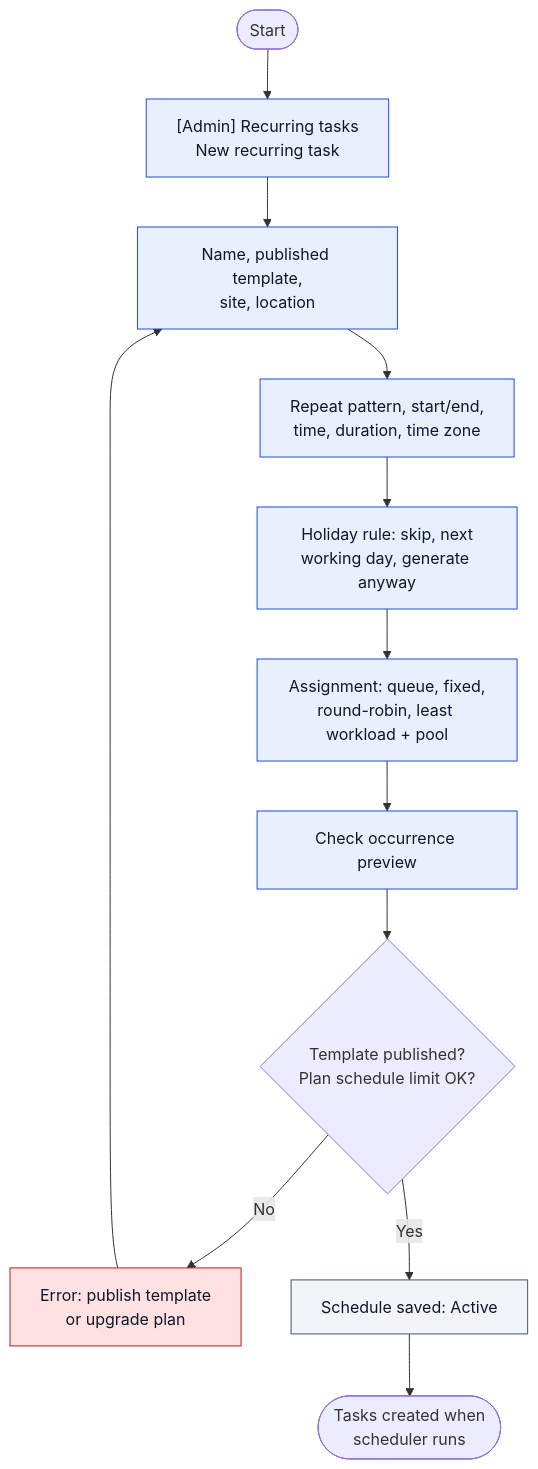
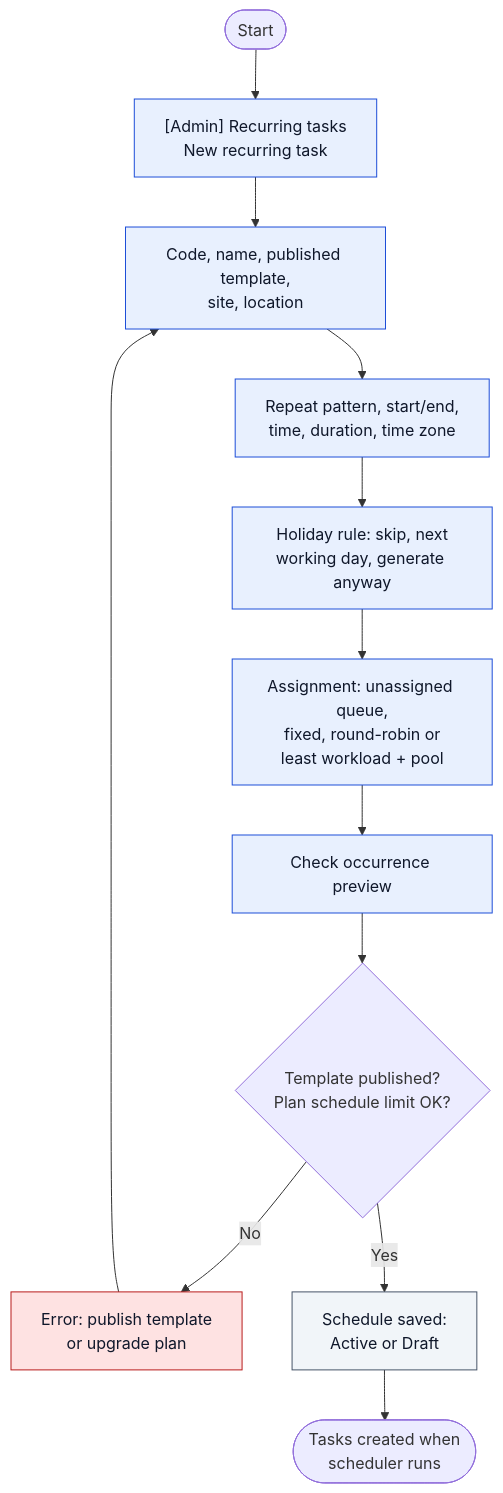
Before and after one commit to tsforcetech/FMS: the diagram in docs/help/diagrams/wf-25.mmd, drawn with Mermaid. The commit also changed 79 other files, not shown here.

First line of the commit message:
Phase 9: workflow diagrams verified against the code (37 corrected)

```diff
--- a/docs/help/diagrams/wf-25.mmd
+++ b/docs/help/diagrams/wf-25.mmd
@@ -1,20 +1,20 @@
 %% title: Recurring task scheduling
 %% articles: scheduling.recurring,scheduling.assignment,train.cleaning-schedule
-%% sources: apps/admin-web/src/management/Schedules.tsx,packages/shared/src/schedule.ts
+%% sources: apps/admin-web/src/management/Schedules.tsx,apps/admin-web/src/management/scheduling.ts,packages/shared/src/schedule.ts
 flowchart TD
   S([Start]) --> A["[Admin] Recurring tasks<br/>New recurring task"]:::admin
-  A --> B["Name, published template,<br/>site, location"]:::admin
+  A --> B["Code, name, published template,<br/>site, location"]:::admin
   B --> C["Repeat pattern, start/end,<br/>time, duration, time zone"]:::admin
   C --> D["Holiday rule: skip, next<br/>working day, generate anyway"]:::admin
-  D --> E["Assignment: queue, fixed,<br/>round-robin, least workload + pool"]:::admin
+  D --> E["Assignment: unassigned queue,<br/>fixed, round-robin or<br/>least workload + pool"]:::admin
   E --> F["Check occurrence preview"]:::admin
   F --> G{"Template published?<br/>Plan schedule limit OK?"}
   G -- No --> E1["Error: publish template<br/>or upgrade plan"]:::stop --> B
-  G -- Yes --> H["Schedule saved: Active"]:::system
+  G -- Yes --> H["Schedule saved:<br/>Active or Draft"]:::system
   H --> X([Tasks created when<br/>scheduler runs])
   classDef admin fill:#e8f0fe,stroke:#1d4ed8,color:#0f172a
   classDef staff fill:#ecfdf5,stroke:#047857,color:#0f172a
   classDef customer fill:#fdf4ff,stroke:#a21caf,color:#0f172a
   classDef platform fill:#fff7ed,stroke:#c2410c,color:#0f172a
   classDef system fill:#f1f5f9,stroke:#475569,color:#0f172a
   classDef stop fill:#fee2e2,stroke:#b91c1c,color:#0f172a
```
